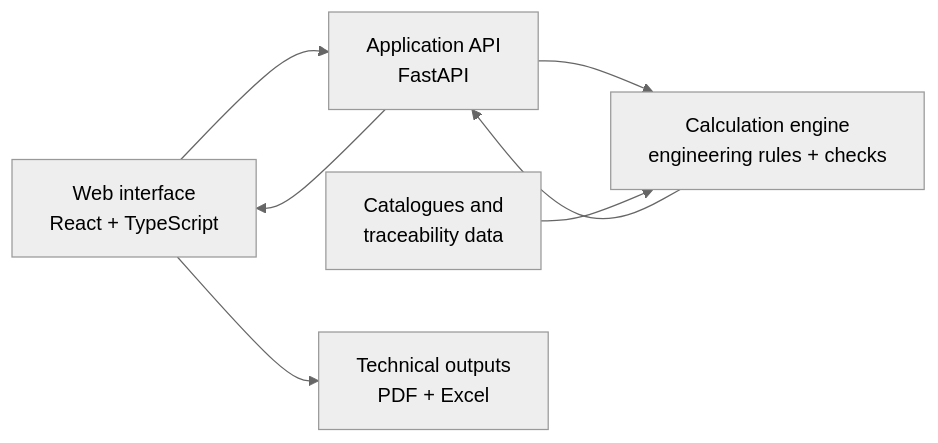
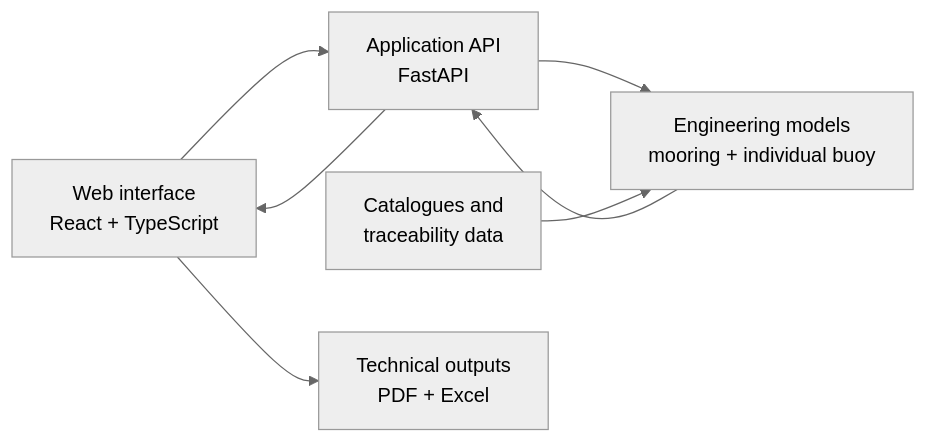
The diagram in README.md (gabichuuuuu/nautic-analytics-showcase), drawn with Mermaid (neutral theme) before and after one commit. The commit also changed other lines of this file and 3 other files, not shown here.

````diff
--- a/README.md
+++ b/README.md
@@ -46,15 +51,15 @@
 ```mermaid
 flowchart LR
     UI[Web interface<br/>React + TypeScript]
     API[Application API<br/>FastAPI]
-    ENGINE[Calculation engine<br/>engineering rules + checks]
+    ENGINE[Engineering models<br/>mooring + individual buoy]
     DATA[Catalogues and<br/>traceability data]
     OUTPUT[Technical outputs<br/>PDF + Excel]
 
     UI --> API
     API --> ENGINE
     DATA --> ENGINE
     ENGINE --> API
     API --> UI
     UI --> OUTPUT
 ```
````
